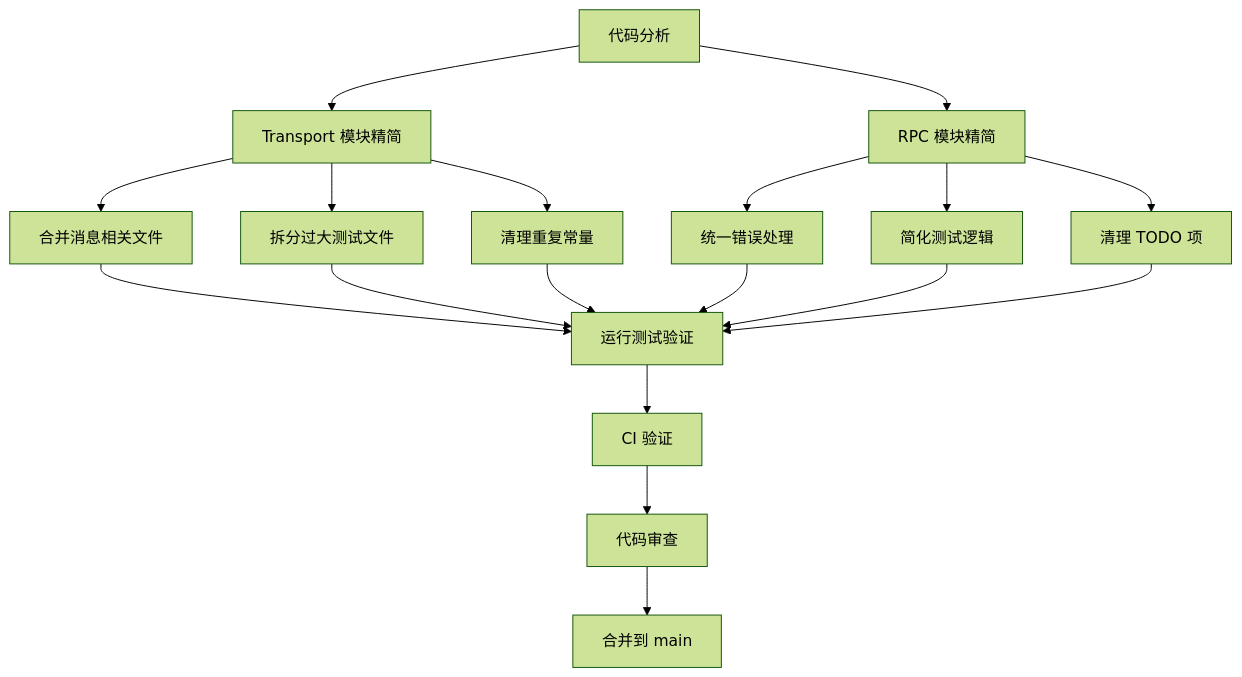
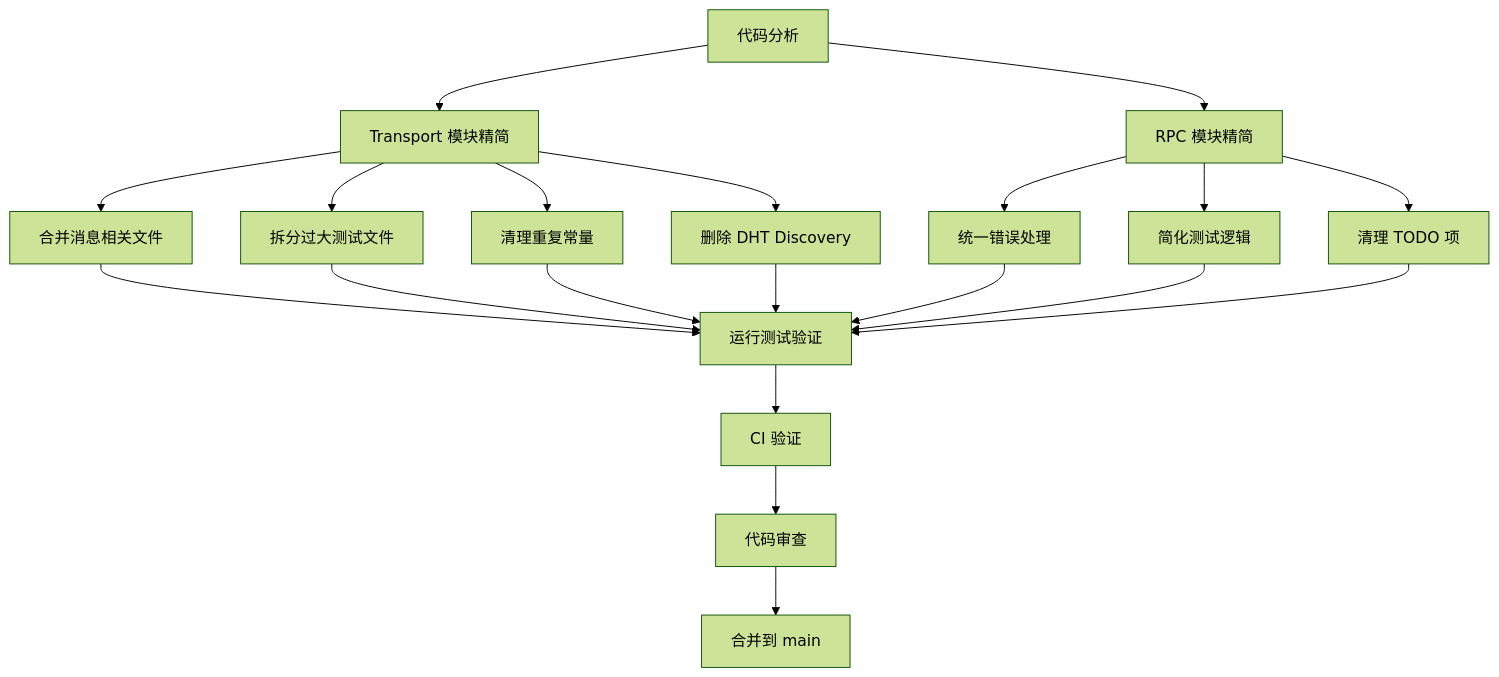
Before and after one commit to jzhang405/NexKV: the diagram in docs/06_project_management/pr_documents/feature/2026-02-09_PR-XXX_transport-rpc-refactor_全流程.md, drawn with Mermaid (forest theme). The commit also changed other lines of this file, not shown here.

First line of the commit message:
docs(pr): 更新 Pre 文档，增加删除 DHT discovery 和 TODO 清理

````diff
--- a/docs/06_project_management/pr_documents/feature/2026-02-09_PR-XXX_transport-rpc-refactor_全流程.md
+++ b/docs/06_project_management/pr_documents/feature/2026-02-09_PR-XXX_transport-rpc-refactor_全流程.md
@@ -76,24 +88,26 @@
 ```mermaid
 flowchart TD
     A[代码分析] --> B[Transport 模块精简]
     A --> C[RPC 模块精简]
 
     B --> B1[合并消息相关文件]
     B --> B2[拆分过大测试文件]
     B --> B3[清理重复常量]
+    B --> B4[删除 DHT Discovery]
 
     C --> C1[统一错误处理]
     C --> C2[简化测试逻辑]
     C --> C3[清理 TODO 项]
 
     B1 --> D[运行测试验证]
     B2 --> D
     B3 --> D
+    B4 --> D
     C1 --> D
     C2 --> D
     C3 --> D
 
     D --> E[CI 验证]
     E --> F[代码审查]
     F --> G[合并到 main]
 ```
````
